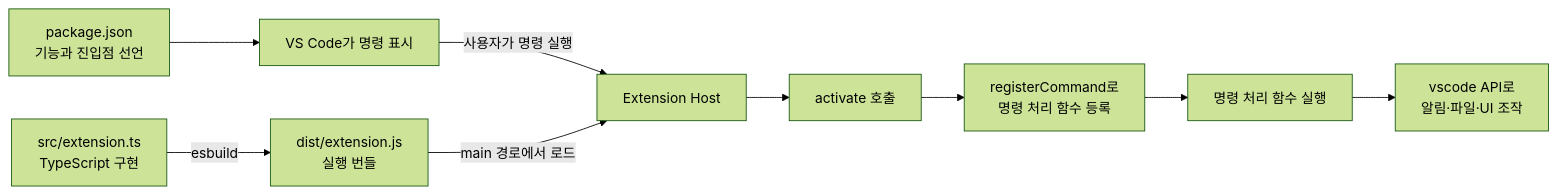
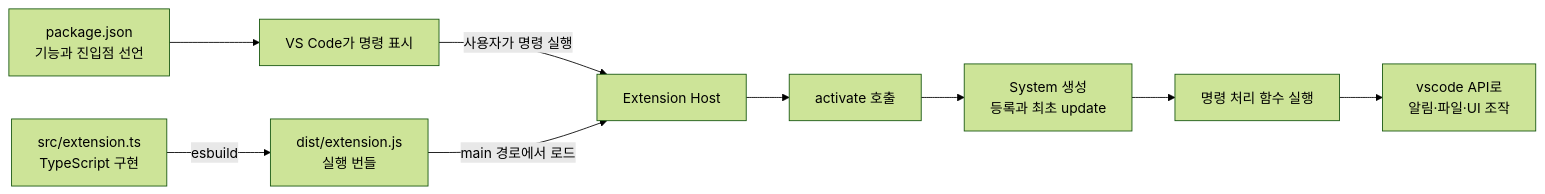
One commit to Wontae-Lee/atlas-engine-extension changed the diagram in docs/vscode-extension-architecture.md. Above: the diagram before and after it, drawn with Mermaid (forest theme). The commit also changed other lines of this file and 29 other files, not shown here.

````diff
--- a/docs/vscode-extension-architecture.md
+++ b/docs/vscode-extension-architecture.md
@@ -9,11 +14,11 @@
 ```mermaid
 flowchart LR
     A[package.json<br/>기능과 진입점 선언] --> B[VS Code가 명령 표시]
     C[src/extension.ts<br/>TypeScript 구현] -->|esbuild| D[dist/extension.js<br/>실행 번들]
     B -->|사용자가 명령 실행| E[Extension Host]
     D -->|main 경로에서 로드| E
     E --> F[activate 호출]
-    F --> G[registerCommand로<br/>명령 처리 함수 등록]
+    F --> G[System 생성<br/>등록과 최초 update]
     G --> H[명령 처리 함수 실행]
     H --> I[vscode API로<br/>알림·파일·UI 조작]
 ```
````
